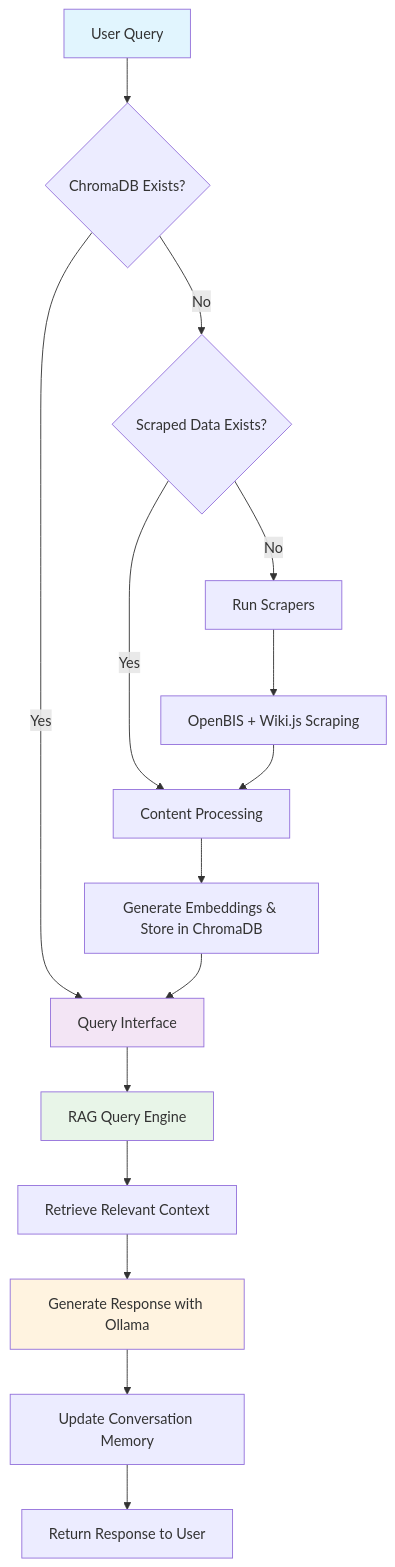
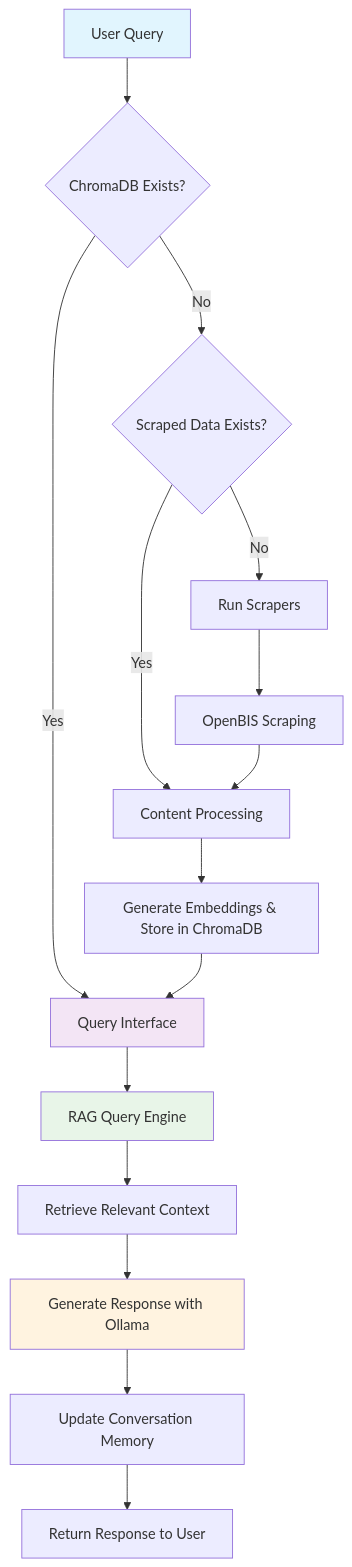
The diagram in README.md (carlosmada22/DeSi), drawn with Mermaid before and after one commit. The commit also changed 2 other files, not shown here.

Commit message:
Restored old ci pipelines

````diff
--- a/README.md
+++ b/README.md
@@ -80,22 +80,22 @@
 ```mermaid
 graph TD
     A[User Query] --> B{ChromaDB Exists?}
     B -->|No| C{Scraped Data Exists?}
     B -->|Yes| H[Query Interface]
     C -->|No| D[Run Scrapers]
     C -->|Yes| F[Run Processors]
-    D --> E[OpenBIS + Wiki.js Scraping]
+    D --> E[OpenBIS Scraping]
     E --> F[Content Processing]
     F --> G[Generate Embeddings & Store in ChromaDB]
     G --> H[Query Interface]
     H --> I[RAG Query Engine]
     I --> J[Retrieve Relevant Context]
     J --> K[Generate Response with Ollama]
     K --> L[Update Conversation Memory]
     L --> M[Return Response to User]
 
     style A fill:#e1f5fe
     style H fill:#f3e5f5
     style I fill:#e8f5e8
     style K fill:#fff3e0
 ```
````
